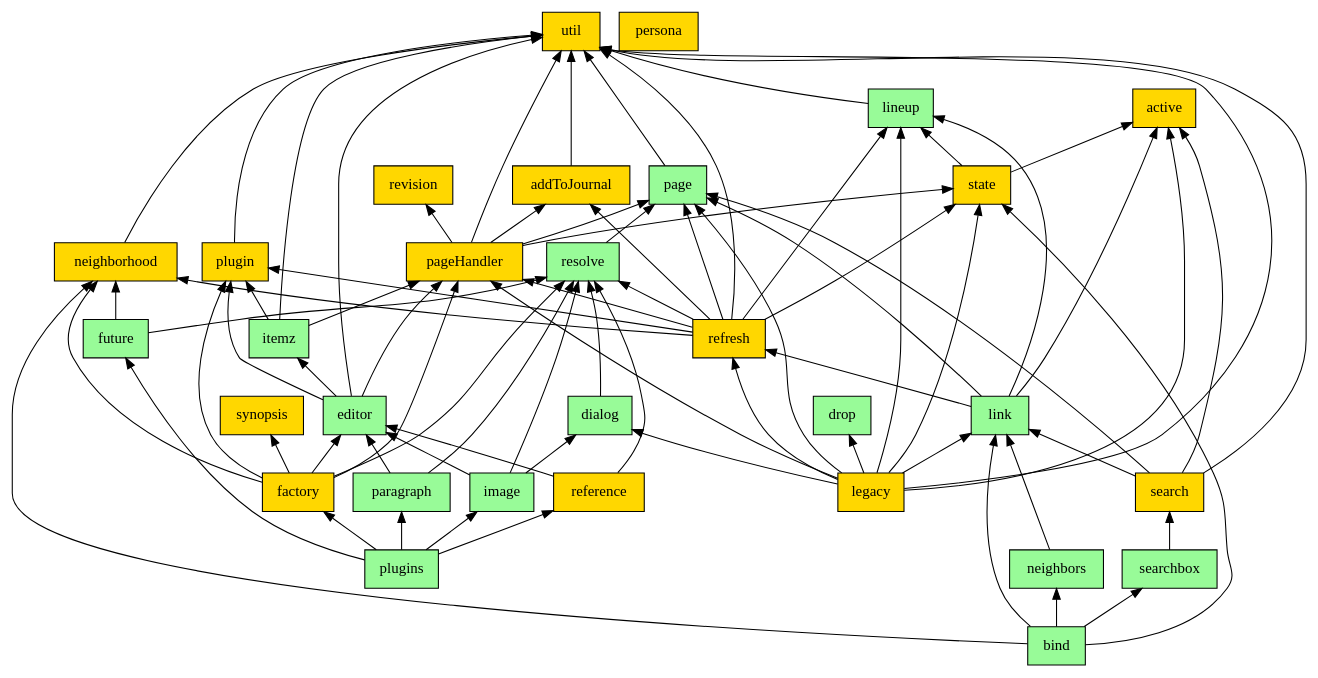
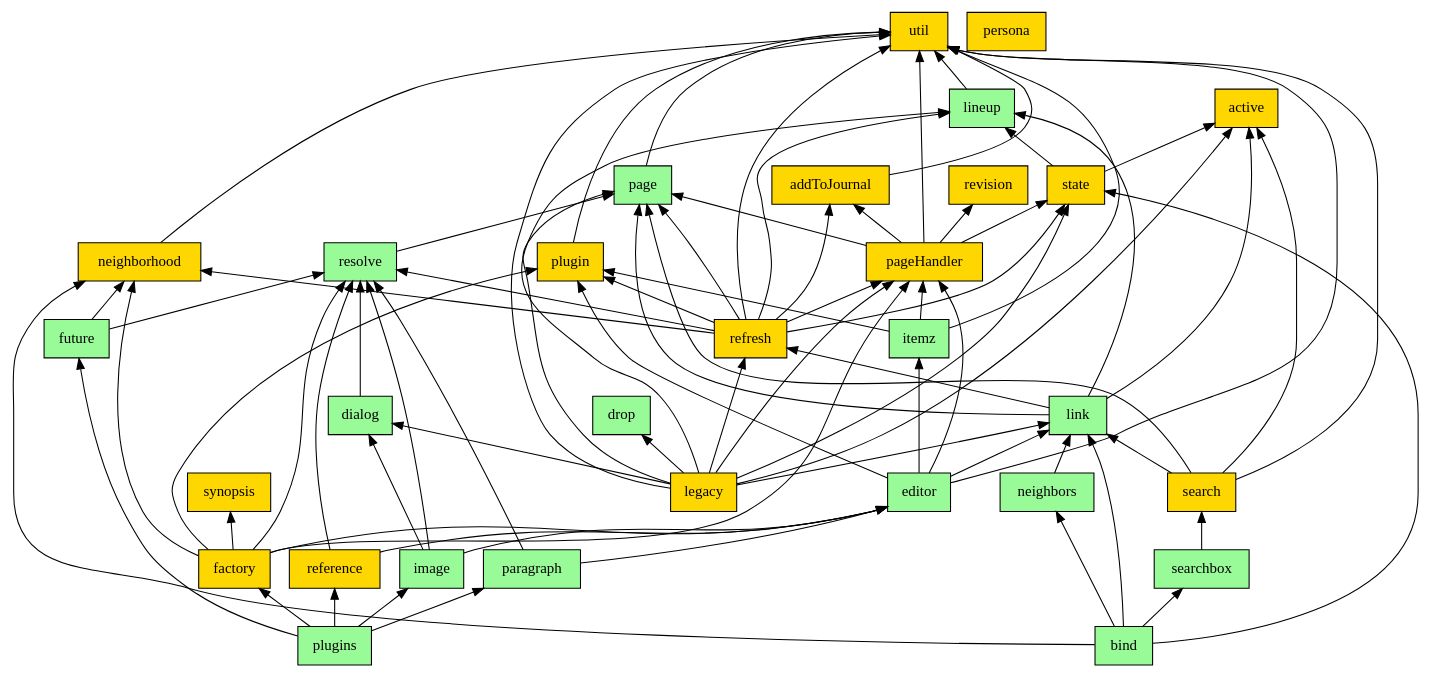
One commit to fedwiki/wiki-client changed the diagram in scripts/requires-graph.dot. Above: the diagram before and after it, drawn with Graphviz. The commit also changed 1 other file, not shown here.

Commit message:
oops, forgot helpers in new editor module

```diff
--- a/scripts/requires-graph.dot
+++ b/scripts/requires-graph.dot
@@ -1,137 +1,138 @@
 digraph { node [style=filled shape=box];
 
 active [fillcolor=gold];
 
 addToJournal [fillcolor=gold];
 util -> addToJournal [dir=back];
 
 bind [fillcolor=paleGreen];
 neighborhood -> bind [dir=back];
 neighbors -> bind [dir=back];
 searchbox -> bind [dir=back];
 state -> bind [dir=back];
 link -> bind [dir=back];
 
 dialog [fillcolor=paleGreen];
 resolve -> dialog [dir=back];
 
 drop [fillcolor=paleGreen];
 
 editor [fillcolor=paleGreen];
 plugin -> editor [dir=back];
 itemz -> editor [dir=back];
 util -> editor [dir=back];
 pageHandler -> editor [dir=back];
+link -> editor [dir=back];
 
 factory [fillcolor=gold];
 neighborhood -> factory [dir=back];
 plugin -> factory [dir=back];
 resolve -> factory [dir=back];
 pageHandler -> factory [dir=back];
 editor -> factory [dir=back];
 synopsis -> factory [dir=back];
 
 future [fillcolor=paleGreen];
 resolve -> future [dir=back];
 neighborhood -> future [dir=back];
 
 image [fillcolor=paleGreen];
 dialog -> image [dir=back];
 editor -> image [dir=back];
 resolve -> image [dir=back];
 
 itemz [fillcolor=paleGreen];
 pageHandler -> itemz [dir=back];
 util -> itemz [dir=back];
 plugin -> itemz [dir=back];
 
 legacy [fillcolor=gold];
 util -> legacy [dir=back];
 pageHandler -> legacy [dir=back];
 state -> legacy [dir=back];
 active -> legacy [dir=back];
 refresh -> legacy [dir=back];
 lineup -> legacy [dir=back];
 drop -> legacy [dir=back];
 dialog -> legacy [dir=back];
 link -> legacy [dir=back];
 page -> legacy [dir=back];
 
 lineup [fillcolor=paleGreen];
 util -> lineup [dir=back];
 
 link [fillcolor=paleGreen];
 lineup -> link [dir=back];
 active -> link [dir=back];
 refresh -> link [dir=back];
 page -> link [dir=back];
 
 neighborhood [fillcolor=gold];
 util -> neighborhood [dir=back];
 
 neighbors [fillcolor=paleGreen];
 link -> neighbors [dir=back];
 
 page [fillcolor=paleGreen];
 util -> page [dir=back];
 
 pageHandler [fillcolor=gold];
 util -> pageHandler [dir=back];
 state -> pageHandler [dir=back];
 revision -> pageHandler [dir=back];
 addToJournal -> pageHandler [dir=back];
 page -> pageHandler [dir=back];
 
 paragraph [fillcolor=paleGreen];
 editor -> paragraph [dir=back];
 resolve -> paragraph [dir=back];
 
 persona [fillcolor=gold];
 
 plugin [fillcolor=gold];
 util -> plugin [dir=back];
 
 plugins [fillcolor=paleGreen];
 reference -> plugins [dir=back];
 factory -> plugins [dir=back];
 paragraph -> plugins [dir=back];
 image -> plugins [dir=back];
 future -> plugins [dir=back];
 
 reference [fillcolor=gold];
 editor -> reference [dir=back];
 resolve -> reference [dir=back];
 
 refresh [fillcolor=gold];
 util -> refresh [dir=back];
 pageHandler -> refresh [dir=back];
 plugin -> refresh [dir=back];
 state -> refresh [dir=back];
 neighborhood -> refresh [dir=back];
 addToJournal -> refresh [dir=back];
 lineup -> refresh [dir=back];
 resolve -> refresh [dir=back];
 page -> refresh [dir=back];
 
 resolve [fillcolor=paleGreen];
 page -> resolve [dir=back];
 
 revision [fillcolor=gold];
 
 search [fillcolor=gold];
 link -> search [dir=back];
 util -> search [dir=back];
 active -> search [dir=back];
 page -> search [dir=back];
 
 searchbox [fillcolor=paleGreen];
 search -> searchbox [dir=back];
 
 state [fillcolor=gold];
 active -> state [dir=back];
 lineup -> state [dir=back];
 
 synopsis [fillcolor=gold];
 
 util [fillcolor=gold];
 }
```
